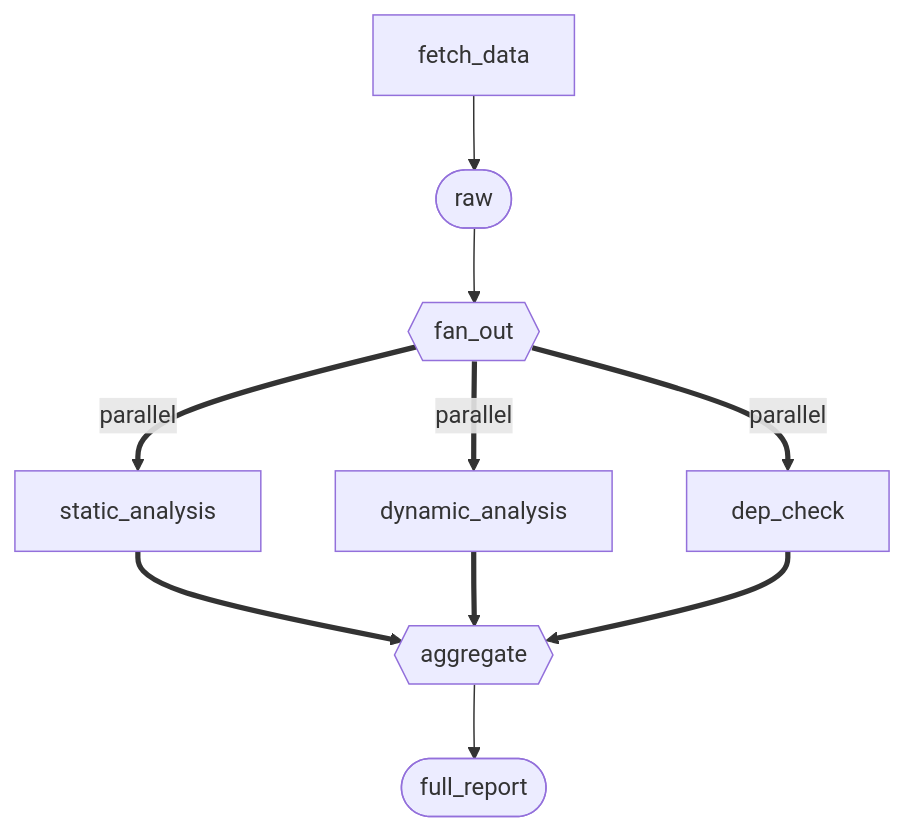
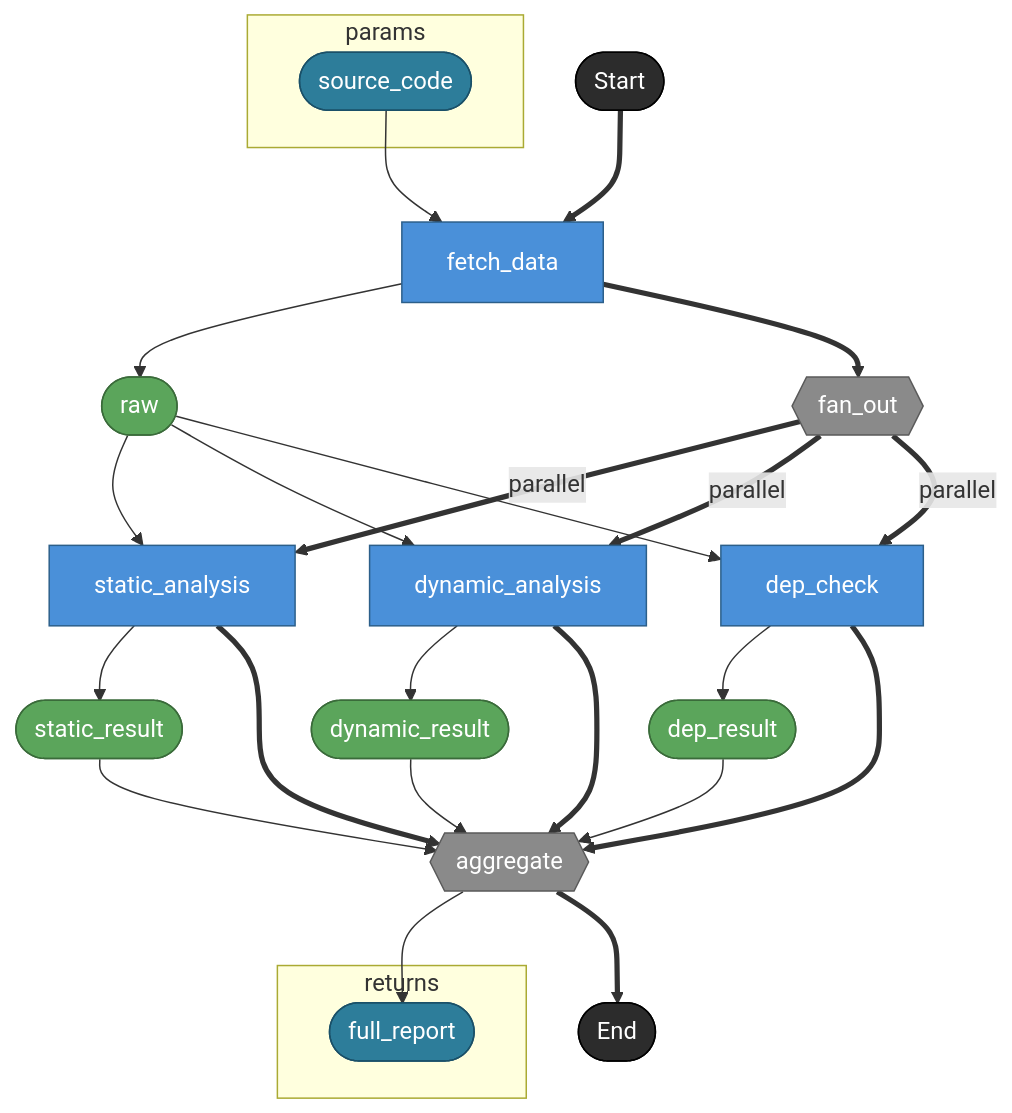
One commit to hiroshiasayadev-prog/brewprint changed the second of 5 diagrams in docs/spec/views/dag.md. Above: the diagram before and after it, drawn with Mermaid. The commit also changed other lines of this file, not shown here.

First line of the commit message:
docs: add task-to-task control flow rule to dag.md

````diff
--- a/docs/spec/views/dag.md
+++ b/docs/spec/views/dag.md
@@ -323,12 +437,42 @@
 ```mermaid
 flowchart TD
-  fetch_data[fetch_data] --> raw([raw])
-  raw --> fan_out{{fan_out}}
-  fan_out == "parallel" ==> static_analysis[static_analysis]
-  fan_out == "parallel" ==> dynamic_analysis[dynamic_analysis]
-  fan_out == "parallel" ==> dep_check[dep_check]
-  static_analysis ==> aggregate{{aggregate}}
-  dynamic_analysis ==> aggregate{{aggregate}}
-  dep_check ==> aggregate{{aggregate}}
-  aggregate --> full_report([full_report])
+  subgraph params
+    source_code([source_code])
+  end
+  subgraph returns
+    full_report([full_report])
+  end
+
+  _start([Start]) ==> fetch_data
+  source_code --> fetch_data[fetch_data]
+  fetch_data --> raw([raw])
+  fetch_data ==> fan_out{{fan_out}}
+  raw --> static_analysis[static_analysis]
+  raw --> dynamic_analysis[dynamic_analysis]
+  raw --> dep_check[dep_check]
+  fan_out == "parallel" ==> static_analysis
+  fan_out == "parallel" ==> dynamic_analysis
+  fan_out == "parallel" ==> dep_check
+  static_analysis --> static_result([static_result])
+  dynamic_analysis --> dynamic_result([dynamic_result])
+  dep_check --> dep_result([dep_result])
+  static_result --> aggregate{{aggregate}}
+  dynamic_result --> aggregate
+  dep_result --> aggregate
+  static_analysis ==> aggregate
+  dynamic_analysis ==> aggregate
+  dep_check ==> aggregate
+  aggregate --> full_report
+  aggregate ==> _end([End])
+
+  classDef taskNode     fill:#4A90D9,stroke:#2C5F8A,color:#fff
+  classDef assetNode    fill:#5BA55B,stroke:#3A6B3A,color:#fff
+  classDef forkNode     fill:#8A8A8A,stroke:#5A5A5A,color:#fff
+  classDef terminalNode fill:#2C2C2C,stroke:#000,color:#fff
+  classDef boundaryNode fill:#2D7D9A,stroke:#1A5068,color:#fff
+  class fetch_data,static_analysis,dynamic_analysis,dep_check taskNode
+  class raw,static_result,dynamic_result,dep_result assetNode
+  class fan_out,aggregate forkNode
+  class _start,_end terminalNode
+  class source_code,full_report boundaryNode
 ```
````
